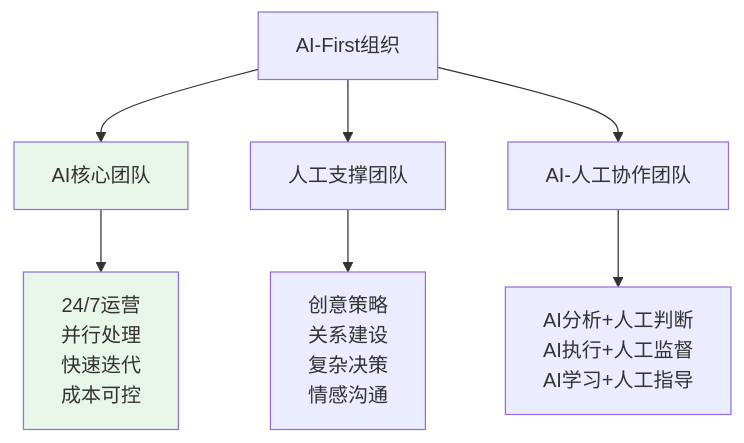
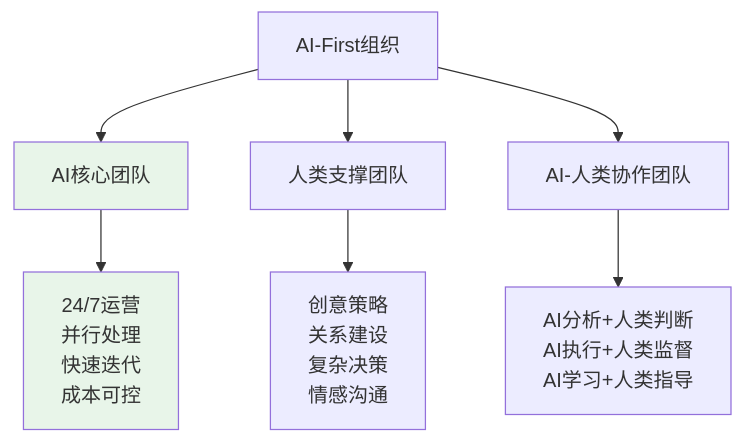
One commit to Deepractice/COSE changed the fifth of 9 diagrams in BUSINESS-MODEL.md. Above: the diagram before and after it, drawn with Mermaid. The commit also changed other lines of this file and 2 other files, not shown here.

````diff
--- a/BUSINESS-MODEL.md
+++ b/BUSINESS-MODEL.md
@@ -110,15 +110,15 @@
 ```mermaid
 graph TD
     A[AI-First组织] --> B[AI核心团队]
-    A --> C[人工支撑团队]
-    A --> D[AI-人工协作团队]
+    A --> C[人类支撑团队]
+    A --> D[AI-人类协作团队]
     
     B --> B1[24/7运营<br/>并行处理<br/>快速迭代<br/>成本可控]
     
     C --> C1[创意策略<br/>关系建设<br/>复杂决策<br/>情感沟通]
     
-    D --> D1[AI分析+人工判断<br/>AI执行+人工监督<br/>AI学习+人工指导]
+    D --> D1[AI分析+人类判断<br/>AI执行+人类监督<br/>AI学习+人类指导]
     
     style B fill:#e8f5e9
     style B1 fill:#e8f5e9
 ```
````
